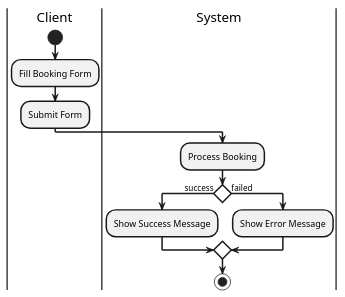
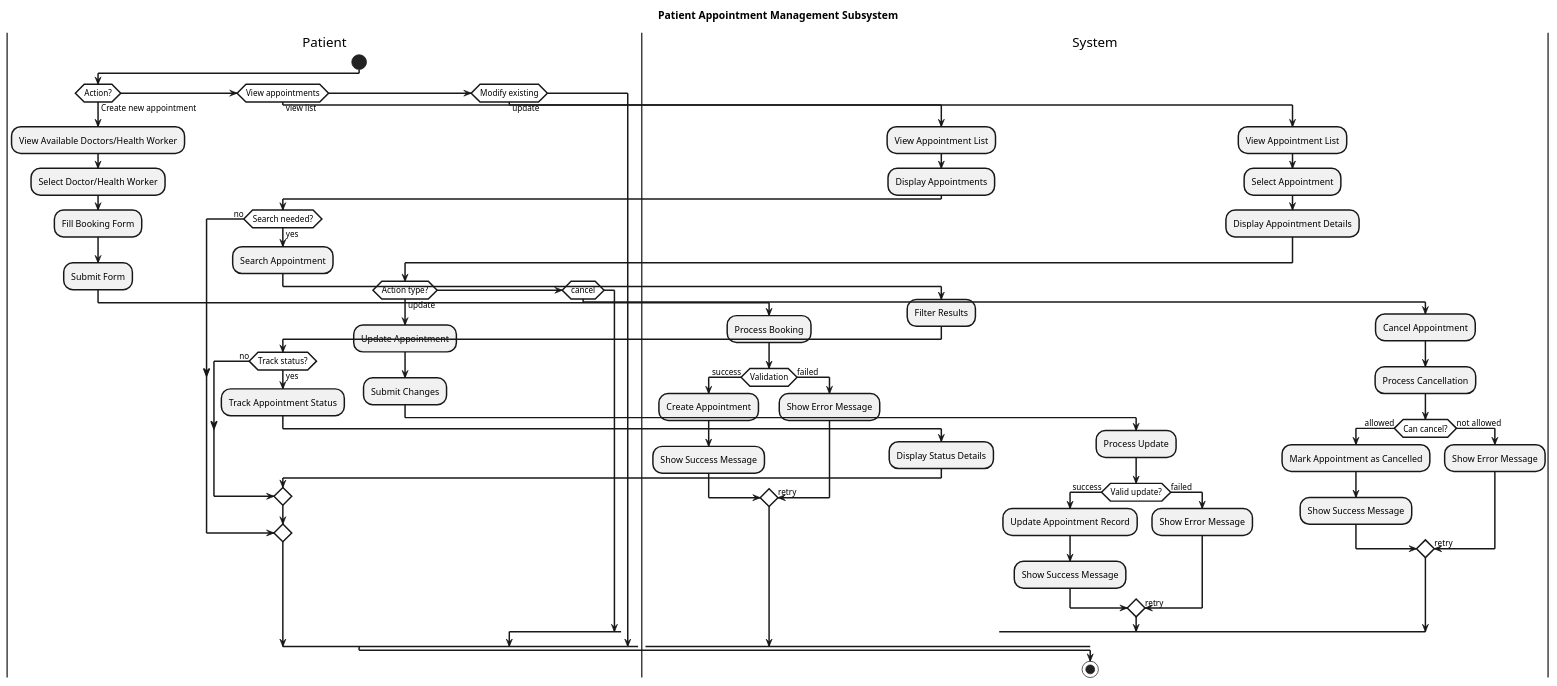
One commit to KuroKage-001/Mamatid_MedClinic changed the diagram in dist/02 - diagrams/Activity_Diagrams/book_appointment_activity.puml. Above: the diagram before and after it, drawn with PlantUML. The commit also changed 5 other files, not shown here.

```diff
--- a/dist/02 - diagrams/Activity_Diagrams/book_appointment_activity.puml
+++ b/dist/02 - diagrams/Activity_Diagrams/book_appointment_activity.puml
@@ -1,22 +1,91 @@
 @startuml
 skinparam defaultTextAlignment center
 skinparam ArrowThickness 2
 skinparam ActivityBorderThickness 2
 skinparam ActivityDiamondBackgroundColor white
 skinparam ActivityDiamondBorderThickness 2
 
-|Client|
+title Patient Appointment Management Subsystem
+
+|Patient|
 start
-:Fill Booking Form;
-:Submit Form;
+if (Action?) then (Create new appointment)
+  :View Available Doctors/Health Worker;
+  :Select Doctor/Health Worker;
+  :Fill Booking Form;
+  :Submit Form;
+  
+  |System|
+  :Process Booking;
+  if (Validation) then (success)
+    :Create Appointment;
+    :Show Success Message;
+  else (failed)
+    :Show Error Message;
+    ->retry;
+  endif
+  
+else if (View appointments) then (view list)
+  :View Appointment List;
+  
+  |System|
+  :Display Appointments;
+  
+  |Patient|
+  if (Search needed?) then (yes)
+    :Search Appointment;
+    
+    |System|
+    :Filter Results;
+    
+    |Patient|
+    if (Track status?) then (yes)
+      :Track Appointment Status;
+      
+      |System|
+      :Display Status Details;
+    else (no)
+    endif
+  else (no)
+  endif
+  
+else if (Modify existing) then (update)
+  :View Appointment List;
+  :Select Appointment;
+  
+  |System|
+  :Display Appointment Details;
+  
+  |Patient|
+  if (Action type?) then (update)
+    :Update Appointment;
+    :Submit Changes;
+    
+    |System|
+    :Process Update;
+    if (Valid update?) then (success)
+      :Update Appointment Record;
+      :Show Success Message;
+    else (failed)
+      :Show Error Message;
+      ->retry;
+    endif
+    
+  else if (cancel)
+    :Cancel Appointment;
+    
+    |System|
+    :Process Cancellation;
+    if (Can cancel?) then (allowed)
+      :Mark Appointment as Cancelled;
+      :Show Success Message;
+    else (not allowed)
+      :Show Error Message;
+      ->retry;
+    endif
+  endif
+endif
 
-|System|
-:Process Booking;
-if () then (success)
-  :Show Success Message;
-else (failed)
-  :Show Error Message;
-endif
 stop
 
 @enduml
```
